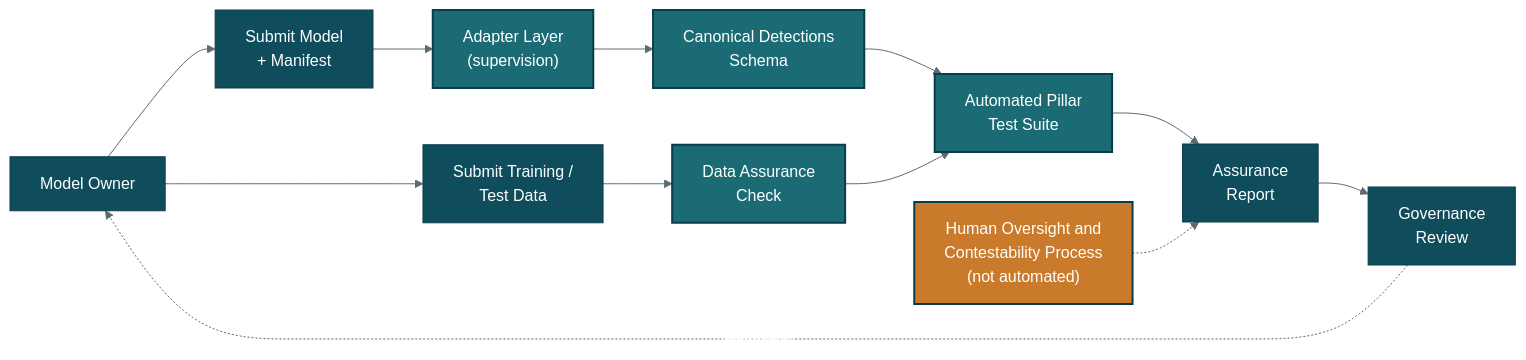
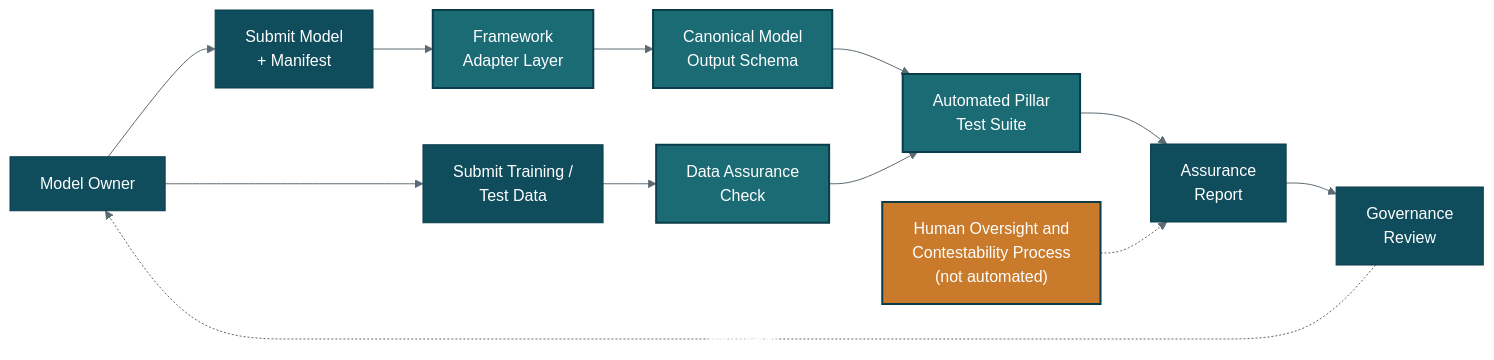
The second of 2 diagrams in AI Assurance Workbench.md (Aasiyathabassum/Tech-Portfolio), drawn with Mermaid before and after one commit. The commit also changed other lines of this file, not shown here.

````diff
--- a/AI Assurance Workbench.md
+++ b/AI Assurance Workbench.md
@@ -49,38 +51,38 @@
 ```mermaid
 %%{init: {
   "theme": "base",
   "flowchart": { "htmlLabels": false },
   "themeVariables": {
     "primaryColor": "#0F4C5C",
     "primaryTextColor": "#ffffff",
     "primaryBorderColor": "#0B3C4A",
     "lineColor": "#5C6B73",
     "secondaryColor": "#1B6B75",
     "tertiaryColor": "#EAF2F3",
     "fontSize": "16px",
     "edgeLabelBackground": "#ffffff"
   }
 }}%%
 flowchart LR
     A["Model Owner"] --> B["Submit Model<br/>+ Manifest"]
     A --> B2["Submit Training /<br/>Test Data"]
 
-    B --> AD["Adapter Layer<br/>(supervision)"]
-    AD --> DET["Canonical Detections<br/>Schema"]
+    B --> AD["Framework<br/>Adapter Layer"]
+    AD --> DET["Canonical Model<br/>Output Schema"]
     B2 --> DQ["Data Assurance<br/>Check"]
 
     DET --> PT["Automated Pillar<br/>Test Suite"]
     DQ --> PT
     HO["Human Oversight and<br/>Contestability Process<br/>(not automated)"]
 
     PT --> H["Assurance<br/>Report"]
     HO -.-> H
 
     H --> I["Governance<br/>Review"]
     I -.->|feedback| A
 
     classDef pillar fill:#1B6B75,color:#ffffff,stroke:#0B3C4A,stroke-width:2px;
     classDef process fill:#C97A2B,color:#ffffff,stroke:#0B3C4A,stroke-width:2px;
     class AD,DET,DQ,PT pillar;
     class HO process;
 ```
````
